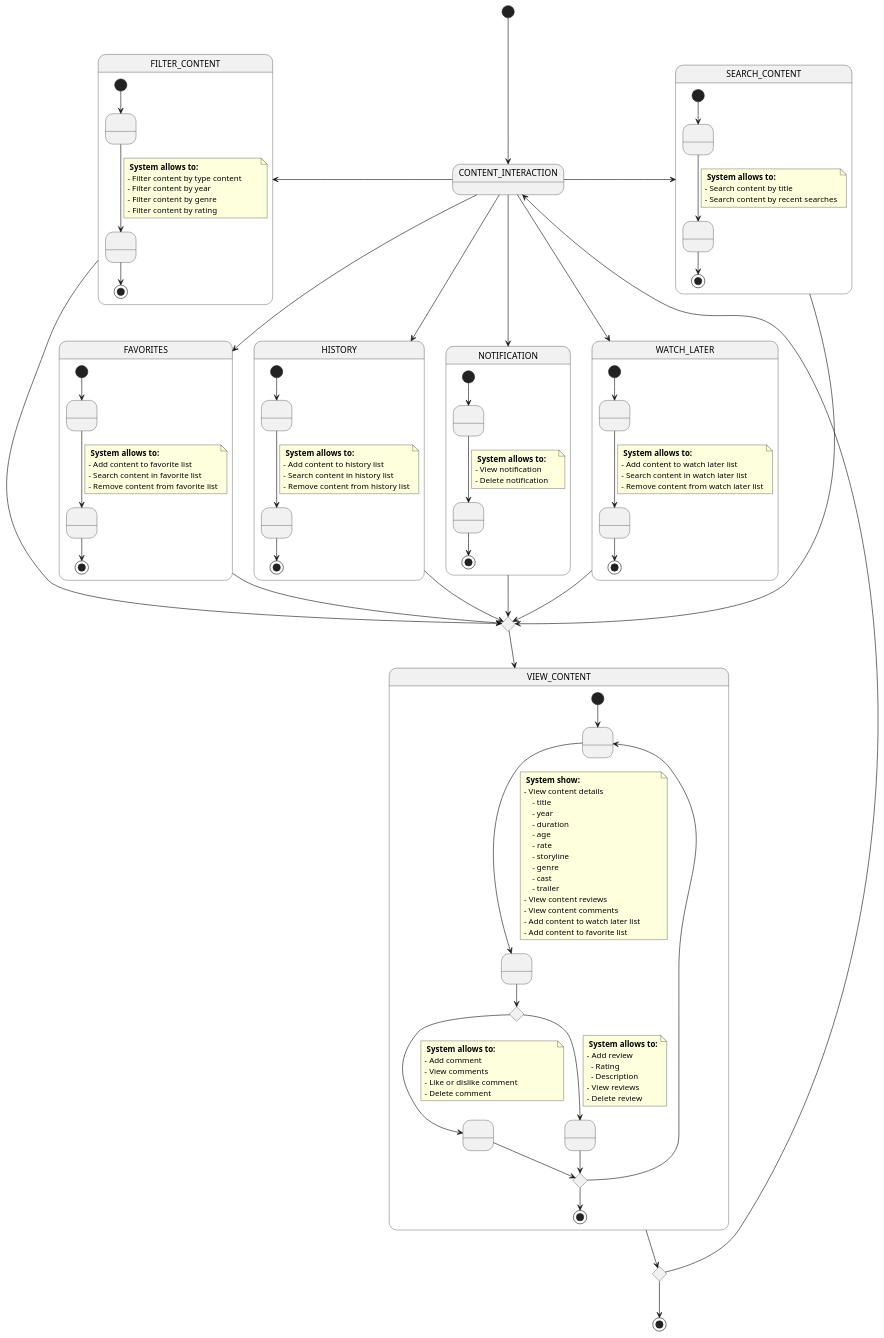
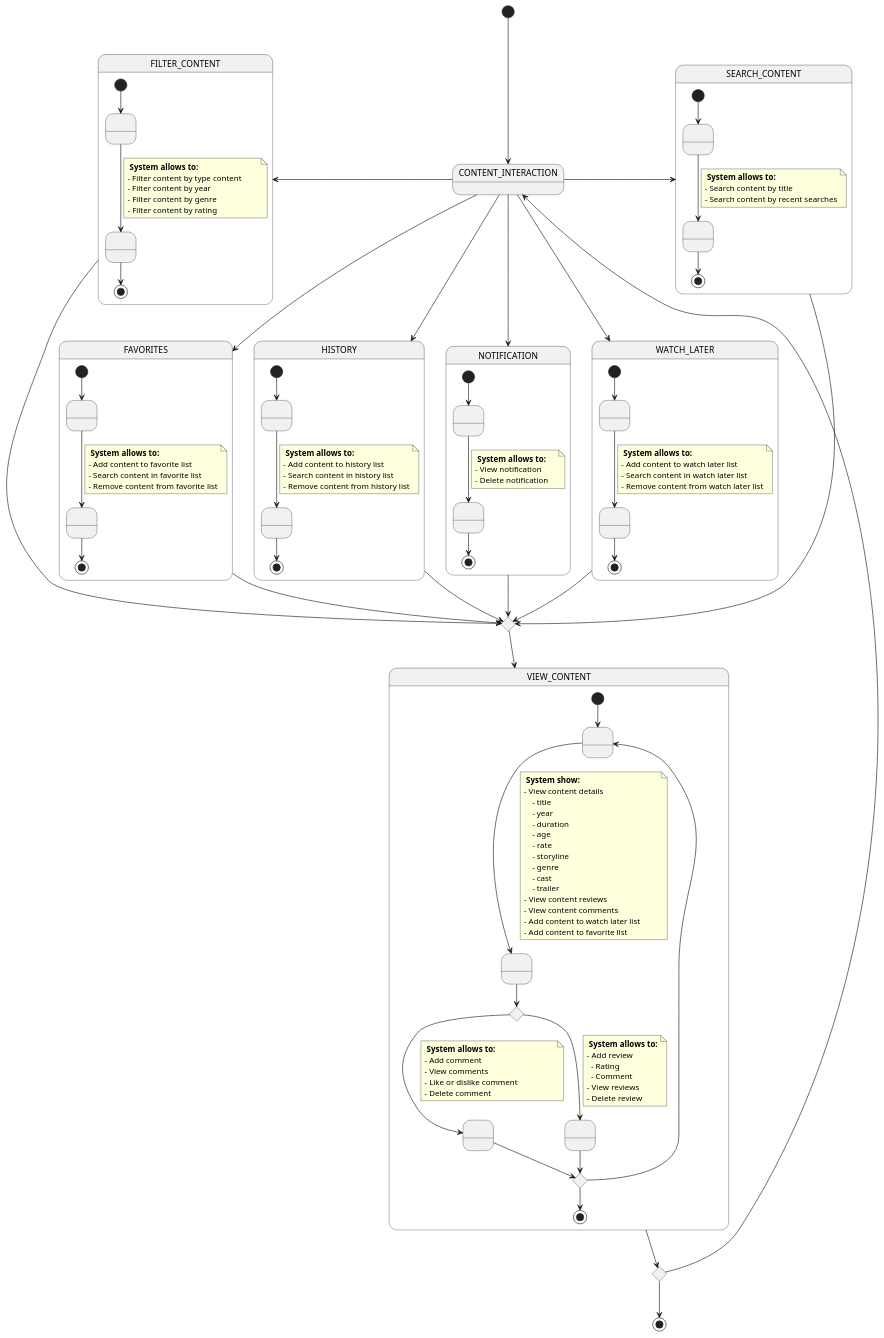
The diagram in docs/1-requeriments/2-use-cases-specifications/user/content-interaction.puml (vfred0/requeriments-flixxic), drawn with PlantUML before and after one commit. The commit also changed 1 other file, not shown here.

Commit message:
Updated to 'Comment'

```diff
--- a/docs/1-requeriments/2-use-cases-specifications/user/content-interaction.puml
+++ b/docs/1-requeriments/2-use-cases-specifications/user/content-interaction.puml
@@ -1,172 +1,172 @@
 @startuml content-interaction
 [*] --> CONTENT_INTERACTION
 
 state FILTER_CONTENT {
     state R1 as " "    
     state R2 as " "
     [*] --> R1
     R1 --> R2    
     note on link
         <b> System allows to:</b>
         - Filter content by type content
         - Filter content by year
         - Filter content by genre
         - Filter content by rating                    
     end note
     R2 --> [*]
 }
 
 state SEARCH_CONTENT {
     state S1 as " "    
     state S2 as " "
     [*] --> S1
     S1 --> S2    
     note on link
         <b> System allows to:</b>
         - Search content by title 
         - Search content by recent searches
     end note
     S2 --> [*]
 }
 
 state VIEW_CONTENT {
     state V1 as " "    
     state V2 as " "
     state V3 as " "
     state V4 as " "
     state commentOrReview as " " <<choice>>
     [*] --> V1
     V1 --> V2 
            
     note on link
         <b> System show:</b>
         - View content details
             - title
             - year 
             - duration
             - age
             - rate
             - storyline
             - genre
             - cast
             - trailer                        
         - View content reviews        
         - View content comments 
         - Add content to watch later list
         - Add content to favorite list               
     end note
 
     V2 --> commentOrReview
     commentOrReview --> V3
     note on link
         <b> System allows to:</b>
         - Add comment
         - View comments
         - Like or dislike comment
         - Delete comment                               
     end note
 
     commentOrReview --> V4
     note on link
         <b> System allows to:</b>
         - Add review   
           - Rating
-          - Description 
+          - Comment 
         - View reviews
         - Delete review
     end note
 
     state unionCommentOrReview <<choice>>
     V3 --> unionCommentOrReview
     V4 --> unionCommentOrReview
     unionCommentOrReview --> V1
     unionCommentOrReview --> [*]
 }
 
 state WATCH_LATER {
     state W1 as " "    
     state W2 as " "
     [*] --> W1
     W1 --> W2    
     note on link
         <b> System allows to:</b>
         - Add content to watch later list
         - Search content in watch later list        
         - Remove content from watch later list
     end note
     W2 --> [*]
 }
 
 
 state FAVORITES {
     state F1 as " "    
     state F2 as " "
     [*] --> F1
     F1 --> F2    
     note on link
         <b> System allows to:</b>
         - Add content to favorite list
         - Search content in favorite list        
         - Remove content from favorite list
     end note
     F2 --> [*]
     
 }
 
 state HISTORY {
     state H1 as " "    
     state H2 as " "
     [*] --> H1
     H1 --> H2    
     note on link
         <b> System allows to:</b>
         - Add content to history list
         - Search content in history list        
         - Remove content from history list
     end note
     H2 --> [*]
 }
 
 state NOTIFICATION {
     state N1 as " "    
     state N2 as " "
     [*] --> N1
     N1 --> N2    
     note on link
         <b> System allows to:</b>
         - View notification       
         - Delete notification
     end note
     N2 --> [*]
     ' note on link 
     '     <b> System allows to:</b>
     '     - Redirection to comment 
     ' end note
 }
 
 
 CONTENT_INTERACTION -left-> FILTER_CONTENT
 CONTENT_INTERACTION -right-> SEARCH_CONTENT
 CONTENT_INTERACTION --> WATCH_LATER
 CONTENT_INTERACTION --> FAVORITES
 CONTENT_INTERACTION --> HISTORY
 CONTENT_INTERACTION --> NOTIFICATION
 
 state union <<choice>> 
 
 FILTER_CONTENT --> union
 SEARCH_CONTENT --> union
 WATCH_LATER --> union
 FAVORITES --> union
 HISTORY --> union
 NOTIFICATION --> union
 
 union --> VIEW_CONTENT
 
 state finished <<choice>>
 
 VIEW_CONTENT --> finished
 finished --> [*]
 finished --> CONTENT_INTERACTION
 
 @enduml
```
